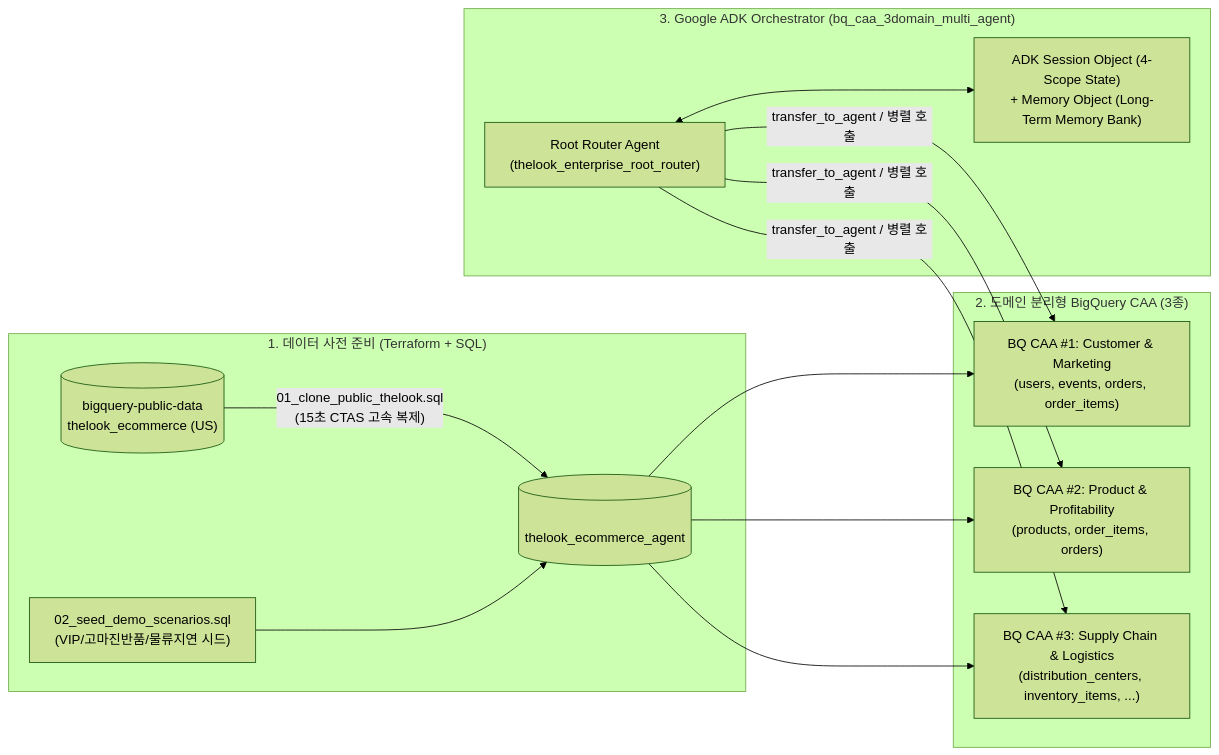
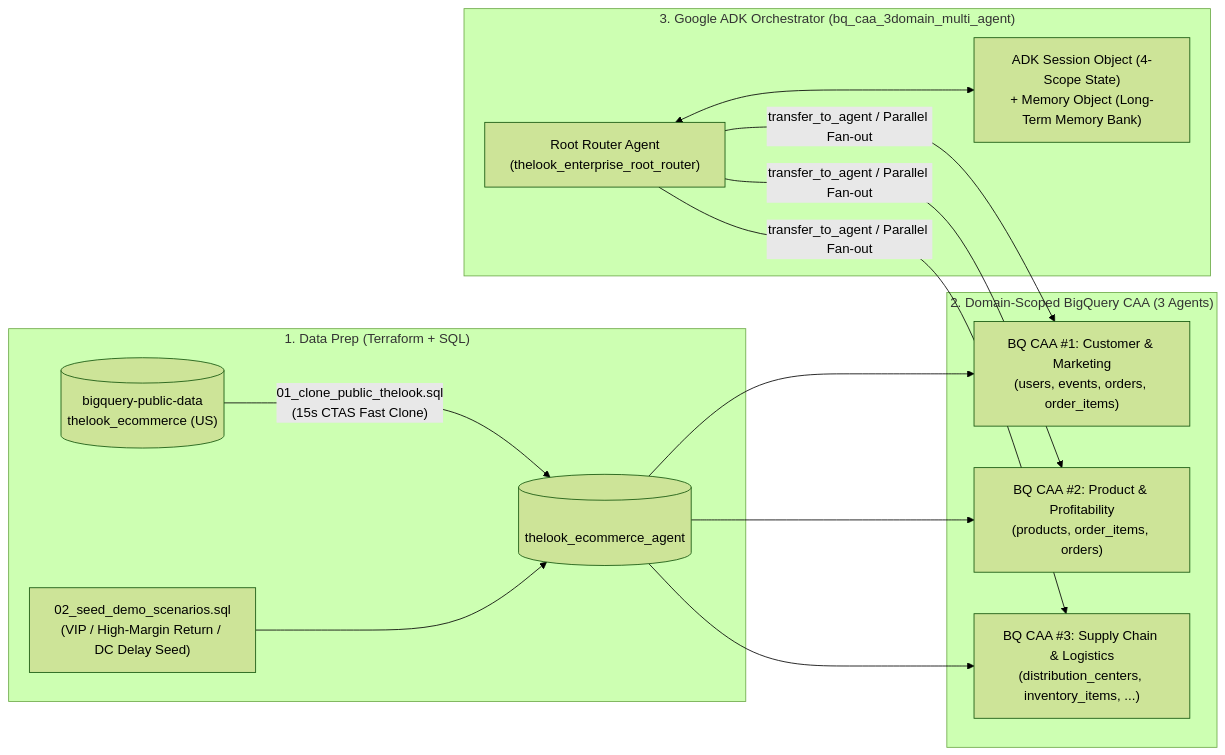
Before and after one commit to rhkim77/adk_with_bq_caa_lab: the diagram in README.md, drawn with Mermaid (forest theme). The commit also changed other lines of this file and 3 other files, not shown here.

````diff
--- a/README.md
+++ b/README.md
@@ -27,25 +27,25 @@
 ```mermaid
 flowchart LR
-  subgraph DataPrep["1. 데이터 사전 준비 (Terraform + SQL)"]
-    PUB[("bigquery-public-data<br/>thelook_ecommerce (US)")] -->|"01_clone_public_thelook.sql<br/>(15초 CTAS 고속 복제)"| DS[("<CUSTOMER_PROJECT><br/>thelook_ecommerce_agent")]
-    SEED["02_seed_demo_scenarios.sql<br/>(VIP/고마진반품/물류지연 시드)"] --> DS
+  subgraph DataPrep["1. Data Prep (Terraform + SQL)"]
+    PUB[("bigquery-public-data<br/>thelook_ecommerce (US)")] -->|"01_clone_public_thelook.sql<br/>(15s CTAS Fast Clone)"| DS[("<USER_PROJECT><br/>thelook_ecommerce_agent")]
+    SEED["02_seed_demo_scenarios.sql<br/>(VIP / High-Margin Return / DC Delay Seed)"] --> DS
   end
 
-  subgraph CAALayer["2. 도메인 분리형 BigQuery CAA (3종)"]
+  subgraph CAALayer["2. Domain-Scoped BigQuery CAA (3 Agents)"]
     CAA1["BQ CAA #1: Customer & Marketing<br/>(users, events, orders, order_items)"]
     CAA2["BQ CAA #2: Product & Profitability<br/>(products, order_items, orders)"]
     CAA3["BQ CAA #3: Supply Chain & Logistics<br/>(distribution_centers, inventory_items, ...)"]
     DS --> CAA1
     DS --> CAA2
     DS --> CAA3
   end
 
   subgraph ADKLayer["3. Google ADK Orchestrator (bq_caa_3domain_multi_agent)"]
     ROOT["Root Router Agent<br/>(thelook_enterprise_root_router)"]
     SM["ADK Session Object (4-Scope State)<br/>+ Memory Object (Long-Term Memory Bank)"]
     ROOT <--> SM
-    ROOT -->|transfer_to_agent / 병렬 호출| CAA1
-    ROOT -->|transfer_to_agent / 병렬 호출| CAA2
-    ROOT -->|transfer_to_agent / 병렬 호출| CAA3
+    ROOT -->|transfer_to_agent / Parallel Fan-out| CAA1
+    ROOT -->|transfer_to_agent / Parallel Fan-out| CAA2
+    ROOT -->|transfer_to_agent / Parallel Fan-out| CAA3
   end
 ```
````
